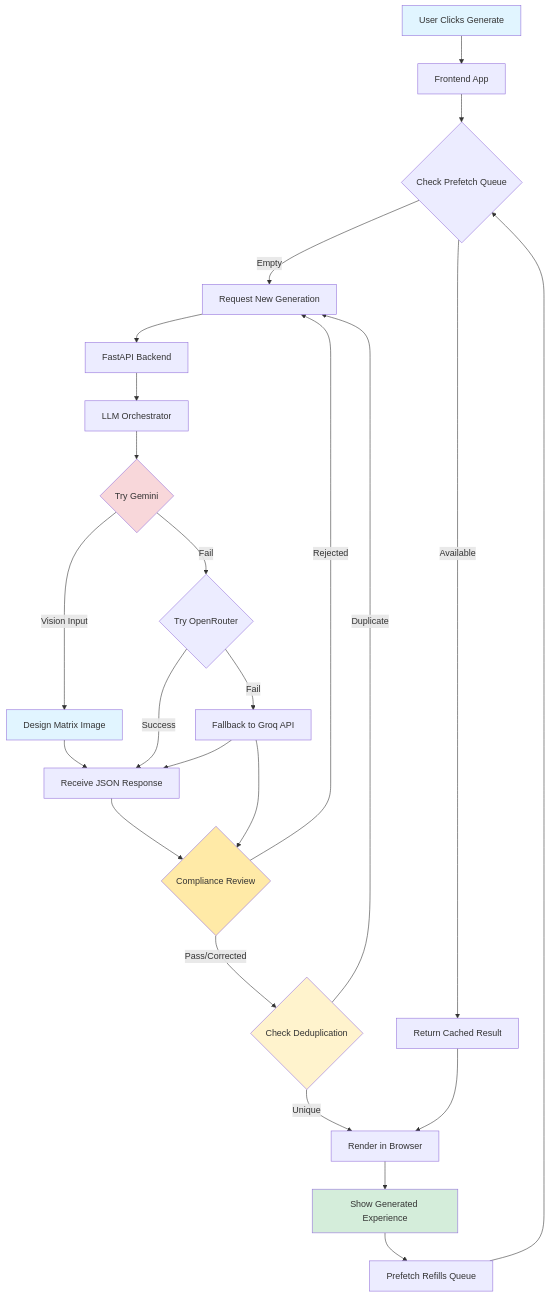
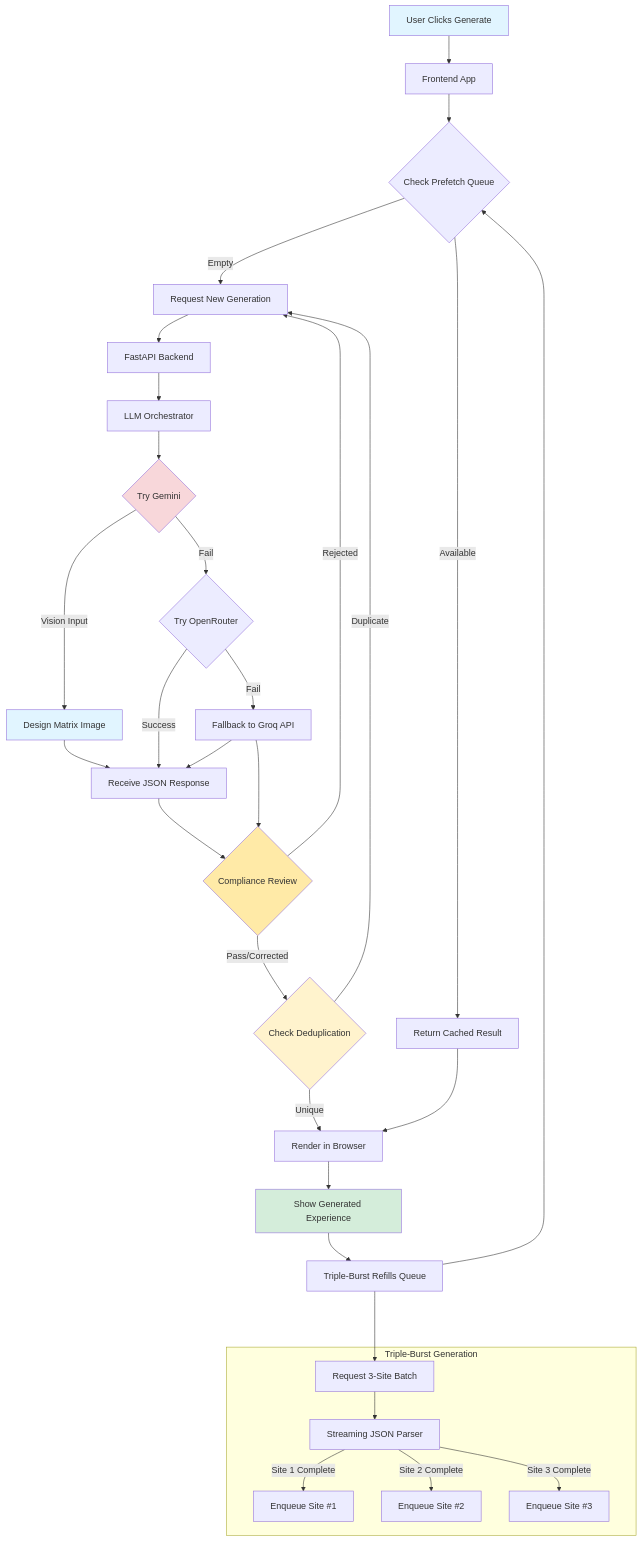
The diagram in README.md (lesprgm/Roulette), drawn with Mermaid before and after one commit. The commit also changed other lines of this file and 11 other files, not shown here.

````diff
--- a/README.md
+++ b/README.md
@@ -52,33 +52,46 @@
 ```mermaid
 graph TD
     A[User Clicks Generate] --> B[Frontend App]
     B --> C{Check Prefetch Queue}
     C -->|Available| D[Return Cached Result]
     C -->|Empty| E[Request New Generation]
     E --> F[FastAPI Backend]
     F --> G[LLM Orchestrator]
     G --> H{Try Gemini}
     H -->|Vision Input| H2[Design Matrix Image]
     H2 --> I[Receive JSON Response]
     H -->|Fail| J{Try OpenRouter}
     J -->|Success| I
     J -->|Fail| K[Fallback to Groq API]
     K --> I
     I --> L[Normalize & Validate]
     K --> L{Compliance Review}
     L -->|Pass/Corrected| M{Check Deduplication}
     L -->|Rejected| E
     M -->|Unique| N[Render in Browser]
     M -->|Duplicate| E
     N --> O[Show Generated Experience]
-    O --> P[Prefetch Refills Queue]
+    O --> P[Triple-Burst Refills Queue]
     P --> C
     D --> N
+    
+    subgraph Triple-Burst Generation
+    P1[Request 3-Site Batch]
+    P2[Streaming JSON Parser]
+    P3[Enqueue Site #1]
+    P4[Enqueue Site #2]
+    P5[Enqueue Site #3]
+    P1 --> P2
+    P2 -->|Site 1 Complete| P3
+    P2 -->|Site 2 Complete| P4
+    P2 -->|Site 3 Complete| P5
+    end
+    P ---> P1
     
     style A fill:#e1f5ff
     style O fill:#d4edda
     style L fill:#ffeaa7
     style M fill:#fff3cd
     style H fill:#f8d7da
     style H2 fill:#e1f5ff
 ```
````
